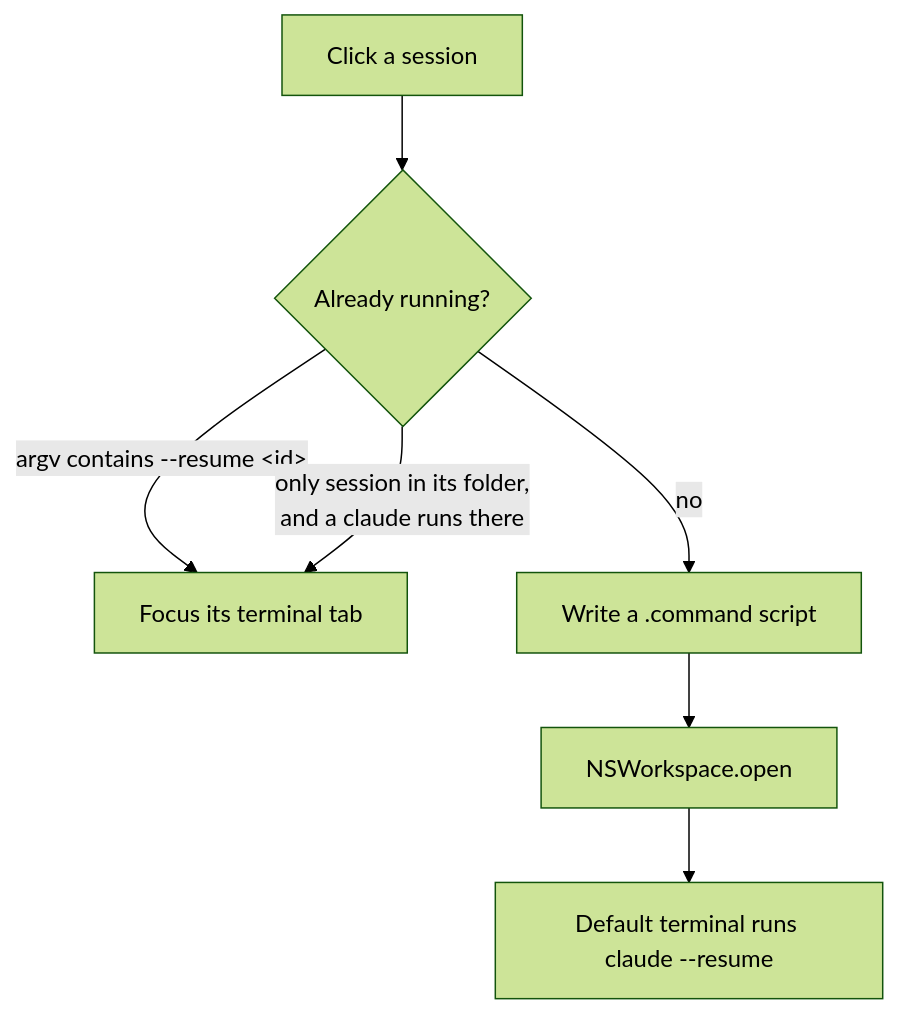
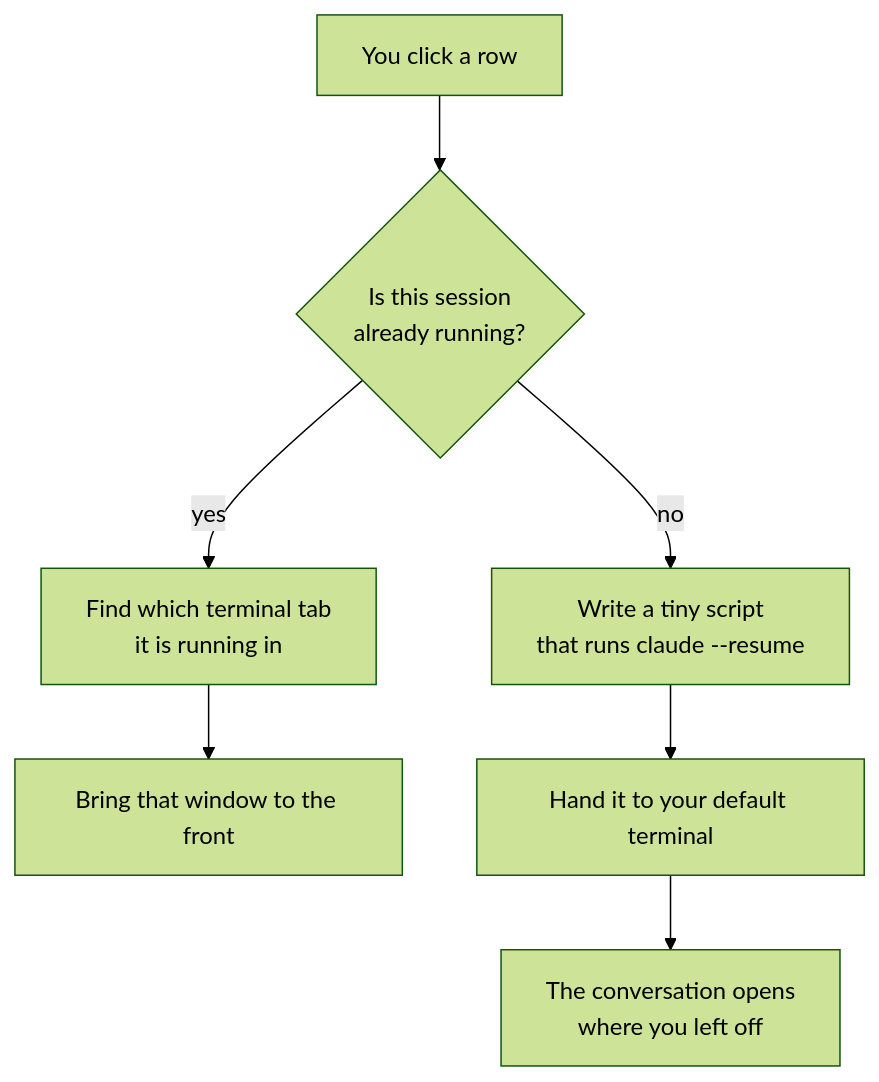
Before and after one commit to RaazKetan/claude-session-manager: the fourth of 7 diagrams in ARCHITECTURE.md, drawn with Mermaid (forest theme). The commit also changed other lines of this file, not shown here.

Commit message:
Rewrite ARCHITECTURE.md as diagrams with plain wording

````diff
--- a/ARCHITECTURE.md
+++ b/ARCHITECTURE.md
@@ -59,9 +58,9 @@
 ```mermaid
 flowchart TD
-    A[Click a session] --> B{Already running?}
-    B -->|"argv contains --resume &lt;id&gt;"| C[Focus its terminal tab]
-    B -->|"only session in its folder,<br/>and a claude runs there"| C
-    B -->|no| D[Write a .command script]
-    D --> E[NSWorkspace.open]
-    E --> F[Default terminal runs claude --resume]
+    A["You click a row"] --> B{"Is this session<br/>already running?"}
+    B -->|yes| C["Find which terminal tab<br/>it is running in"]
+    C --> D["Bring that window to the front"]
+    B -->|no| E["Write a tiny script<br/>that runs claude --resume"]
+    E --> F["Hand it to your default terminal"]
+    F --> G["The conversation opens<br/>where you left off"]
 ```
````
